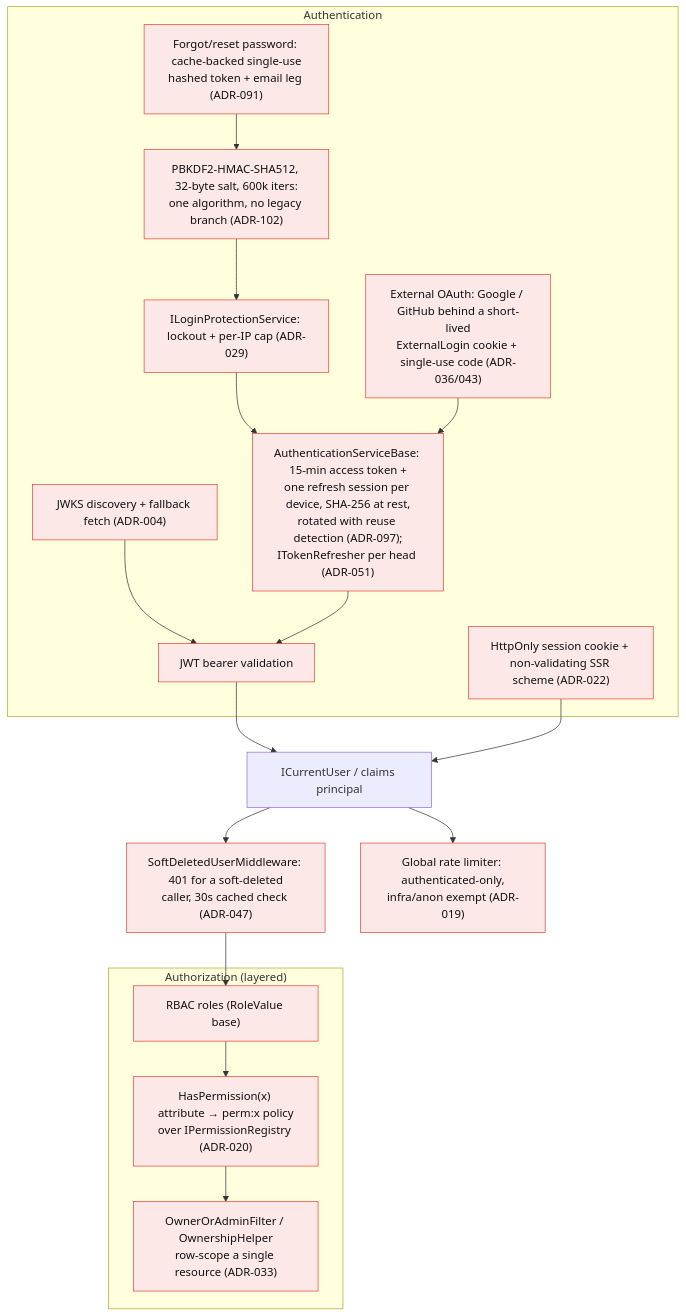
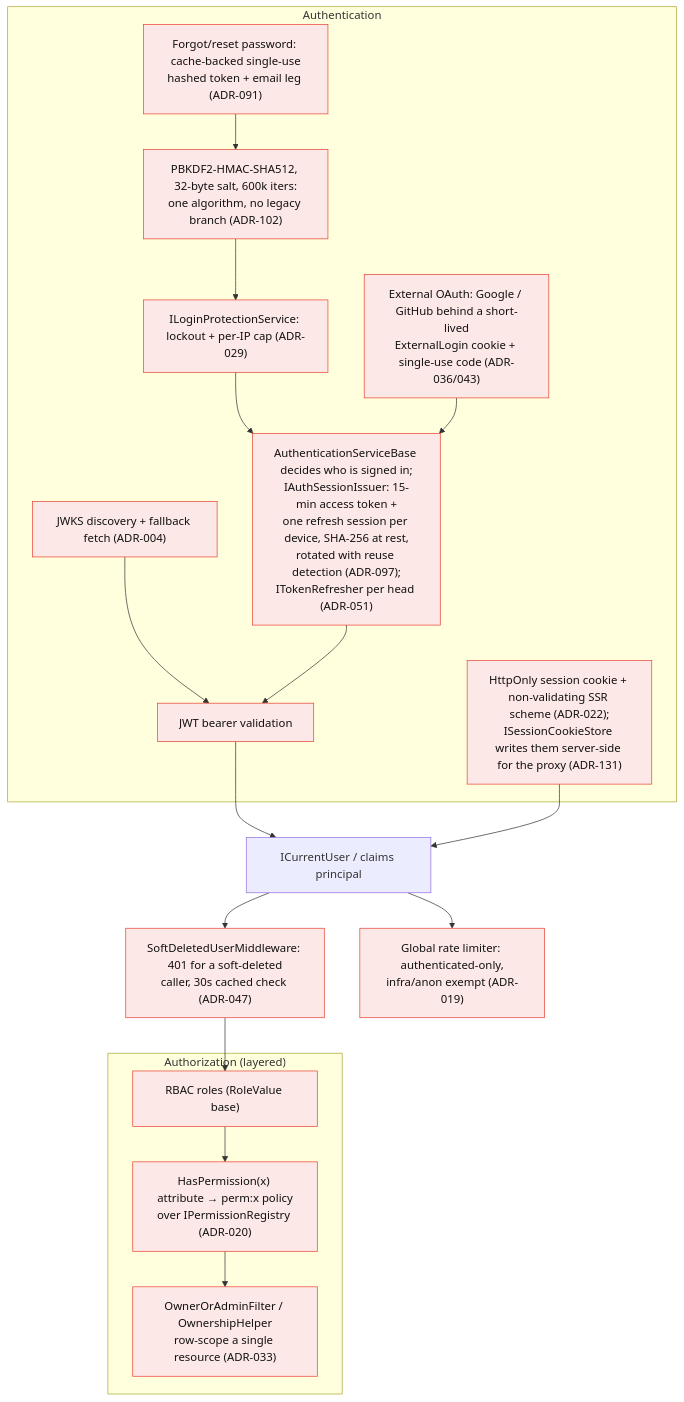
One commit to ivanball/ivanball.github.io changed the ninth of 15 diagrams in docs-src/onboarding/CONCEPT-MAPS.md. Above: the diagram before and after it, drawn with Mermaid. The commit also changed other lines of this file and 81 other files, not shown here.

````diff
--- a/docs-src/onboarding/CONCEPT-MAPS.md
+++ b/docs-src/onboarding/CONCEPT-MAPS.md
@@ -522,39 +532,39 @@
 ```mermaid
 flowchart TD
     subgraph AUTHN["Authentication"]
         JWT["JWT bearer validation"]
         JWKS["JWKS discovery + fallback fetch (ADR-004)"]
-        COOKIE["HttpOnly session cookie + non-validating SSR scheme (ADR-022)"]
+        COOKIE["HttpOnly session cookie + non-validating SSR scheme (ADR-022);<br/>ISessionCookieStore writes them server-side for the proxy (ADR-131)"]
         HASH["PBKDF2-HMAC-SHA512, 32-byte salt, 600k iters:<br/>one algorithm, no legacy branch (ADR-102)"]
         LOGIN["ILoginProtectionService: lockout + per-IP cap (ADR-029)"]
         EXT["External OAuth: Google / GitHub behind a short-lived<br/>ExternalLogin cookie + single-use code (ADR-036/043)"]
-        ROT["AuthenticationServiceBase: 15-min access token +<br/>one refresh session per device, SHA-256 at rest,<br/>rotated with reuse detection (ADR-097);<br/>ITokenRefresher per head (ADR-051)"]
+        ROT["AuthenticationServiceBase decides who is signed in;<br/>IAuthSessionIssuer: 15-min access token +<br/>one refresh session per device, SHA-256 at rest,<br/>rotated with reuse detection (ADR-097);<br/>ITokenRefresher per head (ADR-051)"]
         RESET["Forgot/reset password: cache-backed single-use<br/>hashed token + email leg (ADR-091)"]
     end
 
     CU["ICurrentUser / claims principal"]
     REV["SoftDeletedUserMiddleware: 401 for a soft-deleted<br/>caller, 30s cached check (ADR-047)"]
 
     subgraph AUTHZ["Authorization (layered)"]
         RBAC["RBAC roles (RoleValue base)"]
         PERM["HasPermission(x) attribute → perm:x policy<br/>over IPermissionRegistry (ADR-020)"]
         OWN["OwnerOrAdminFilter / OwnershipHelper<br/>row-scope a single resource (ADR-033)"]
     end
 
     RL["Global rate limiter: authenticated-only,<br/>infra/anon exempt (ADR-019)"]
 
     JWT --> CU
     JWKS --> JWT
     COOKIE --> CU
     HASH --> LOGIN
     RESET --> HASH
     LOGIN --> ROT
     EXT --> ROT
     ROT --> JWT
     CU --> REV
     REV --> RBAC --> PERM --> OWN
     CU --> RL
 
     classDef a fill:#fce8e6,stroke:#ea4335,color:#111
     class JWT,JWKS,COOKIE,HASH,LOGIN,EXT,ROT,RESET,REV,RBAC,PERM,OWN,RL a
 ```
````
